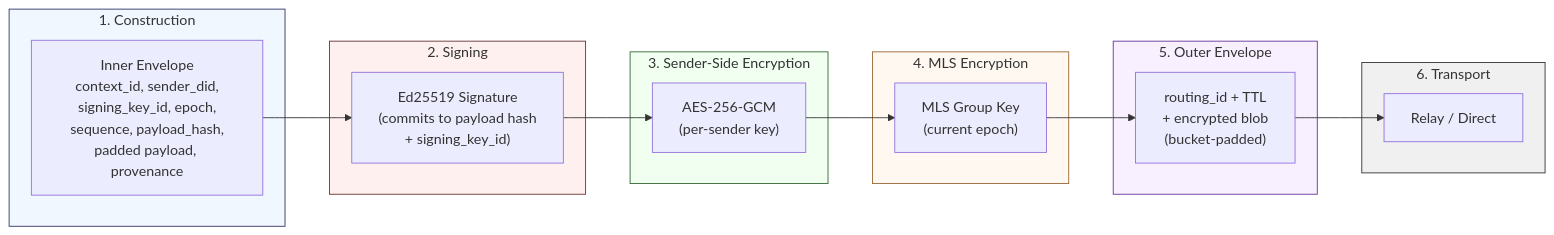
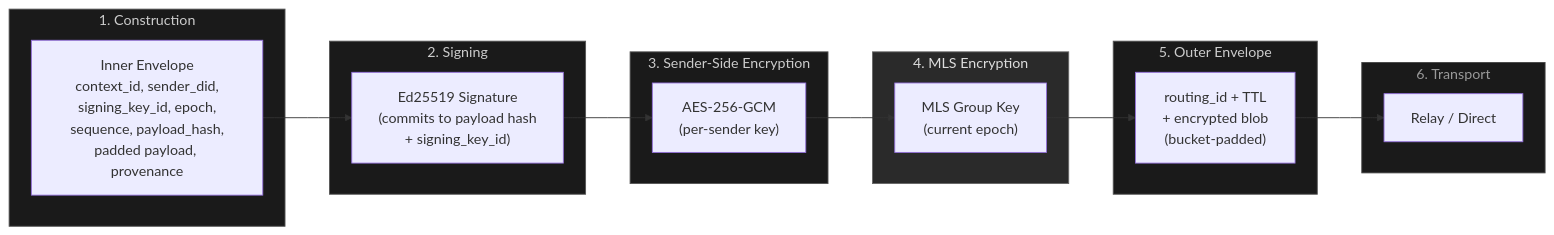
Before and after one commit to limn-works/scp: the second of 3 diagrams in .docs/white-paper.md, drawn with Mermaid. The commit also changed other lines of this file, not shown here.

First line of the commit message:
docs(white-paper): dark monochrome diagram palette

````diff
--- a/.docs/white-paper.md
+++ b/.docs/white-paper.md
@@ -187,35 +187,35 @@
 ```mermaid
 flowchart LR
     subgraph construction["1. Construction"]
         IE["Inner Envelope\ncontext_id, sender_did,\nsigning_key_id, epoch,\nsequence, payload_hash,\npadded payload, provenance"]
     end
 
     subgraph signing["2. Signing"]
         SIG["Ed25519 Signature\n(commits to payload hash\n+ signing_key_id)"]
     end
 
     subgraph sender["3. Sender-Side Encryption"]
         SK["AES-256-GCM\n(per-sender key)"]
     end
 
     subgraph mls["4. MLS Encryption"]
         MLS["MLS Group Key\n(current epoch)"]
     end
 
     subgraph outer["5. Outer Envelope"]
         OE["routing_id + TTL\n+ encrypted blob\n(bucket-padded)"]
     end
 
     subgraph transport["6. Transport"]
         TX["Relay / Direct"]
     end
 
     IE --> SIG --> SK --> MLS --> OE --> TX
 
-    style construction fill:#f0f7ff,stroke:#336
-    style signing fill:#fff0f0,stroke:#633
-    style sender fill:#f0fff0,stroke:#363
-    style mls fill:#fff8f0,stroke:#963
-    style outer fill:#f8f0ff,stroke:#639
-    style transport fill:#f0f0f0,stroke:#333
+    style construction fill:#1a1a1a,stroke:#555,color:#ccc
+    style signing fill:#1a1a1a,stroke:#555,color:#ccc
+    style sender fill:#1a1a1a,stroke:#555,color:#ccc
+    style mls fill:#2a2a2a,stroke:#666,color:#ddd
+    style outer fill:#1a1a1a,stroke:#555,color:#ccc
+    style transport fill:#1a1a1a,stroke:#444,color:#999
 ```
````
